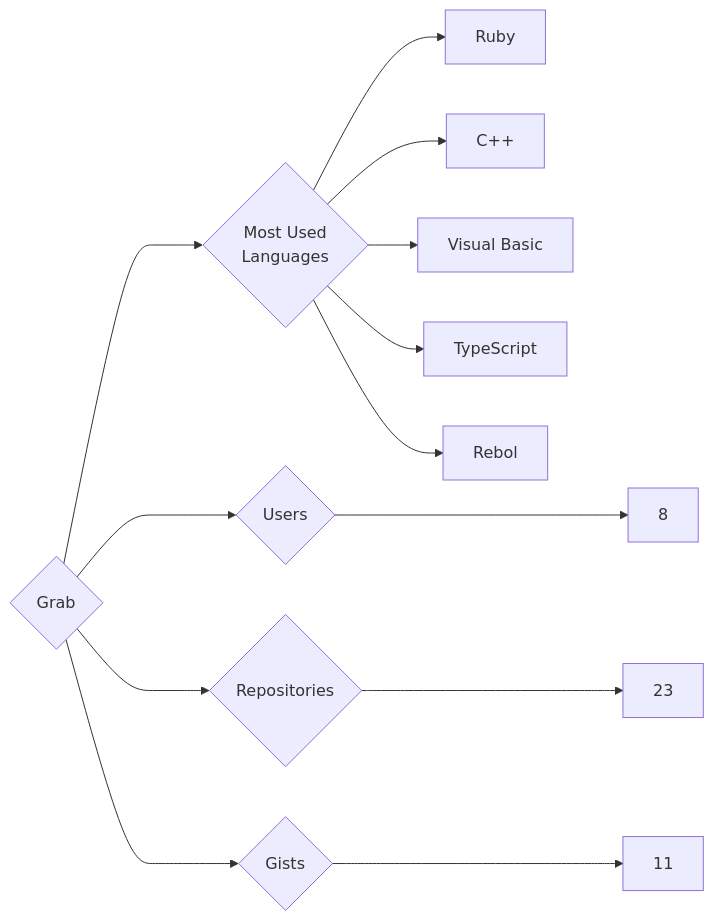
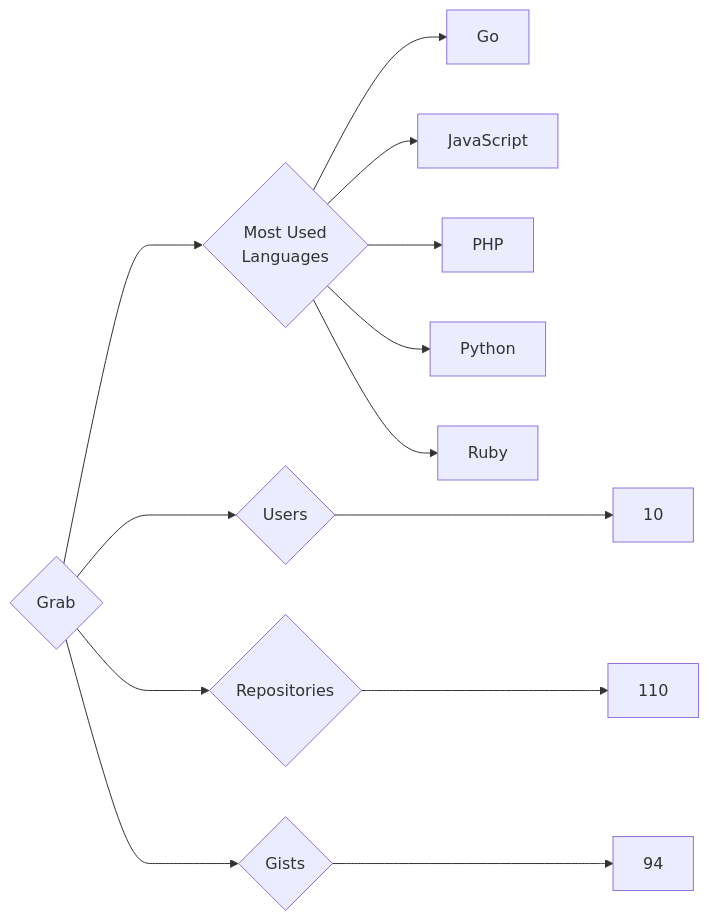
The diagram in targets/Grab/README.md (trickest/insiders), drawn with Mermaid before and after one commit. The commit also changed 953 other files, not shown here.

````diff
--- a/targets/Grab/README.md
+++ b/targets/Grab/README.md
@@ -3,13 +3,13 @@
 ```mermaid
 graph LR
 COMPANY_NAME{Grab}
-COMPANY_NAME ---> U{Users} ---> UN[8]
-COMPANY_NAME ---> R{Repositories} ---> RN[23]
-COMPANY_NAME ---> G{Gists} ---> GN[11]
+COMPANY_NAME ---> U{Users} ---> UN[10]
+COMPANY_NAME ---> R{Repositories} ---> RN[110]
+COMPANY_NAME ---> G{Gists} ---> GN[94]
 COMPANY_NAME ---> ML{Most Used<br>Languages}
+ML --> Go[Go]
+ML --> JavaScript[JavaScript]
+ML --> PHP[PHP]
+ML --> Python[Python]
 ML --> Ruby[Ruby]
-ML --> C++[C++]
-ML --> Visual_Basic[Visual Basic]
-ML --> TypeScript[TypeScript]
-ML --> Rebol[Rebol]
 ```
````
